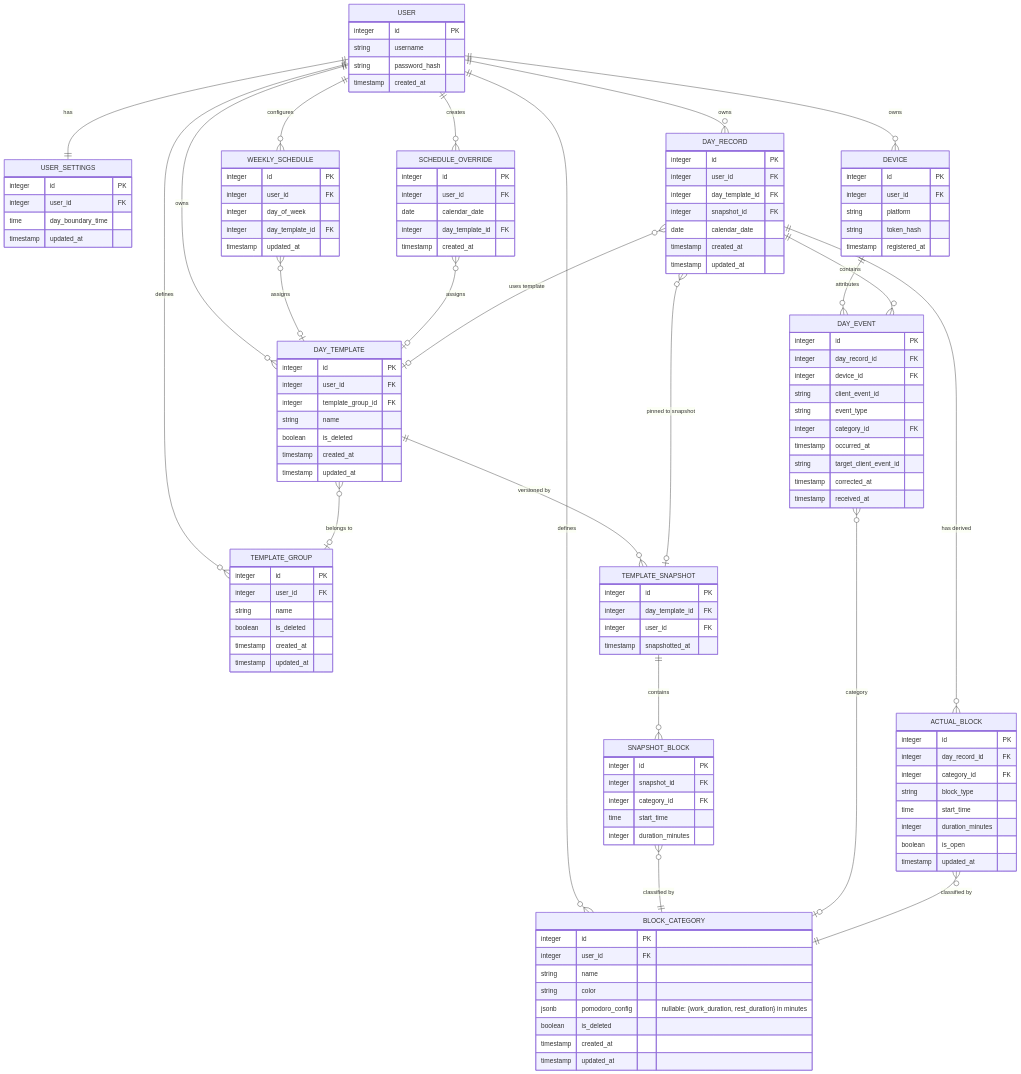
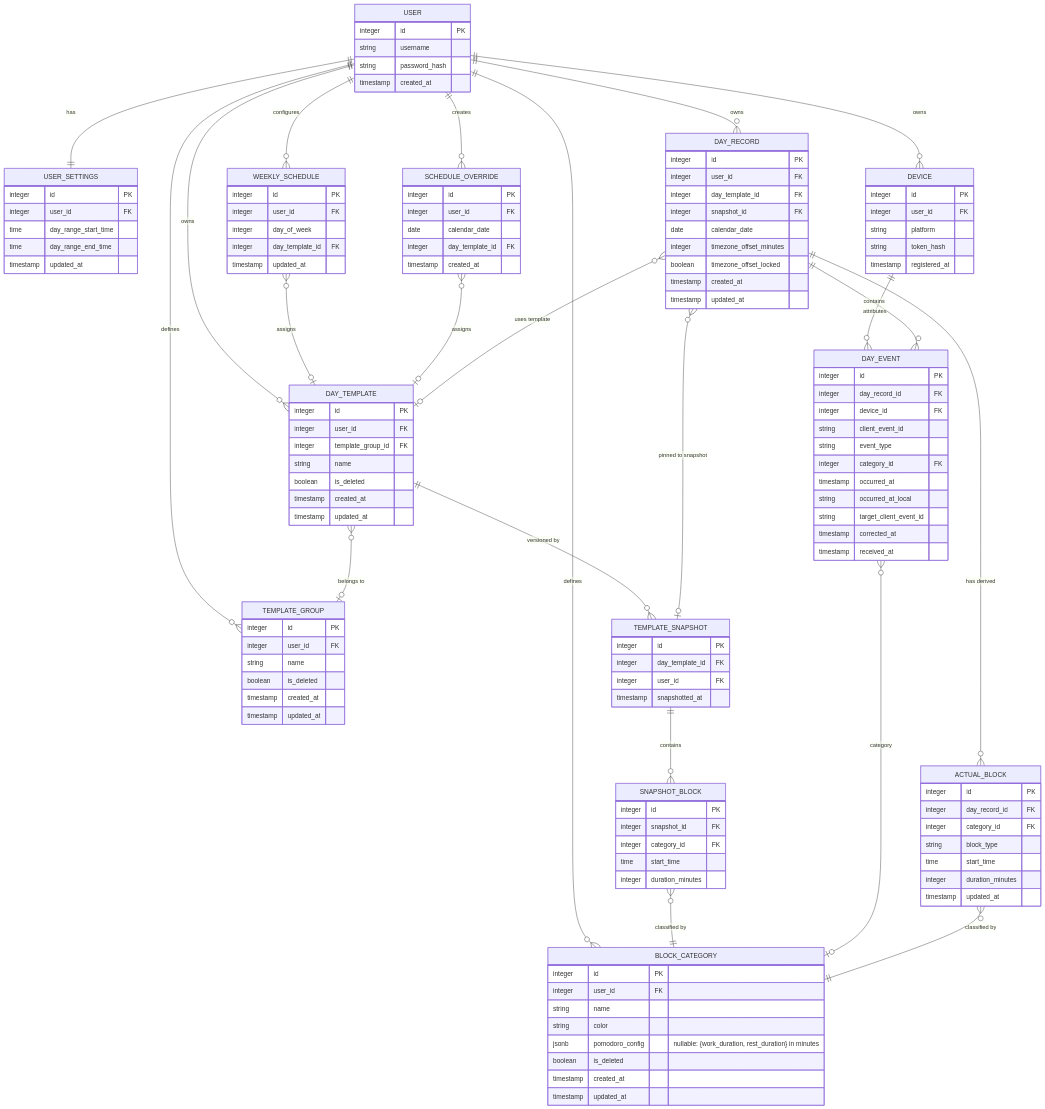
Before and after one commit to sem0ark/todo-planner: the diagram in docs/API and DB.md, drawn with Mermaid. The commit also changed other lines of this file and 19 other files, not shown here.

```diff
--- a/docs/API and DB.md
+++ b/docs/API and DB.md
@@ -72,7 +73,8 @@
     USER_SETTINGS {
         integer id PK
         integer user_id FK
-        time day_boundary_time
+        time day_range_start_time
+        time day_range_end_time
         timestamp updated_at
     }
 
@@ -151,6 +153,8 @@
         integer day_template_id FK
         integer snapshot_id FK
         date calendar_date
+        integer timezone_offset_minutes
+        boolean timezone_offset_locked
         timestamp created_at
         timestamp updated_at
     }
@@ -163,6 +167,7 @@
         string event_type
         integer category_id FK
         timestamp occurred_at
+        string occurred_at_local
         string target_client_event_id
         timestamp corrected_at
         timestamp received_at
@@ -175,7 +180,6 @@
         string block_type
         time start_time
         integer duration_minutes
-        boolean is_open
         timestamp updated_at
     }
 
```
